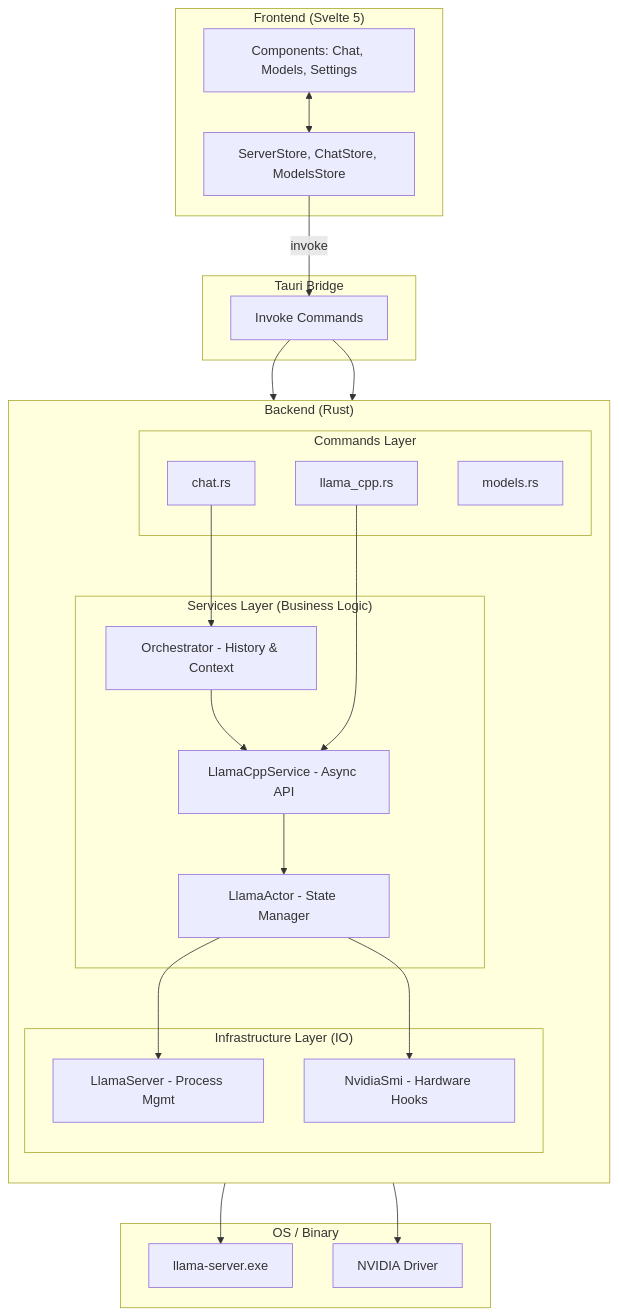
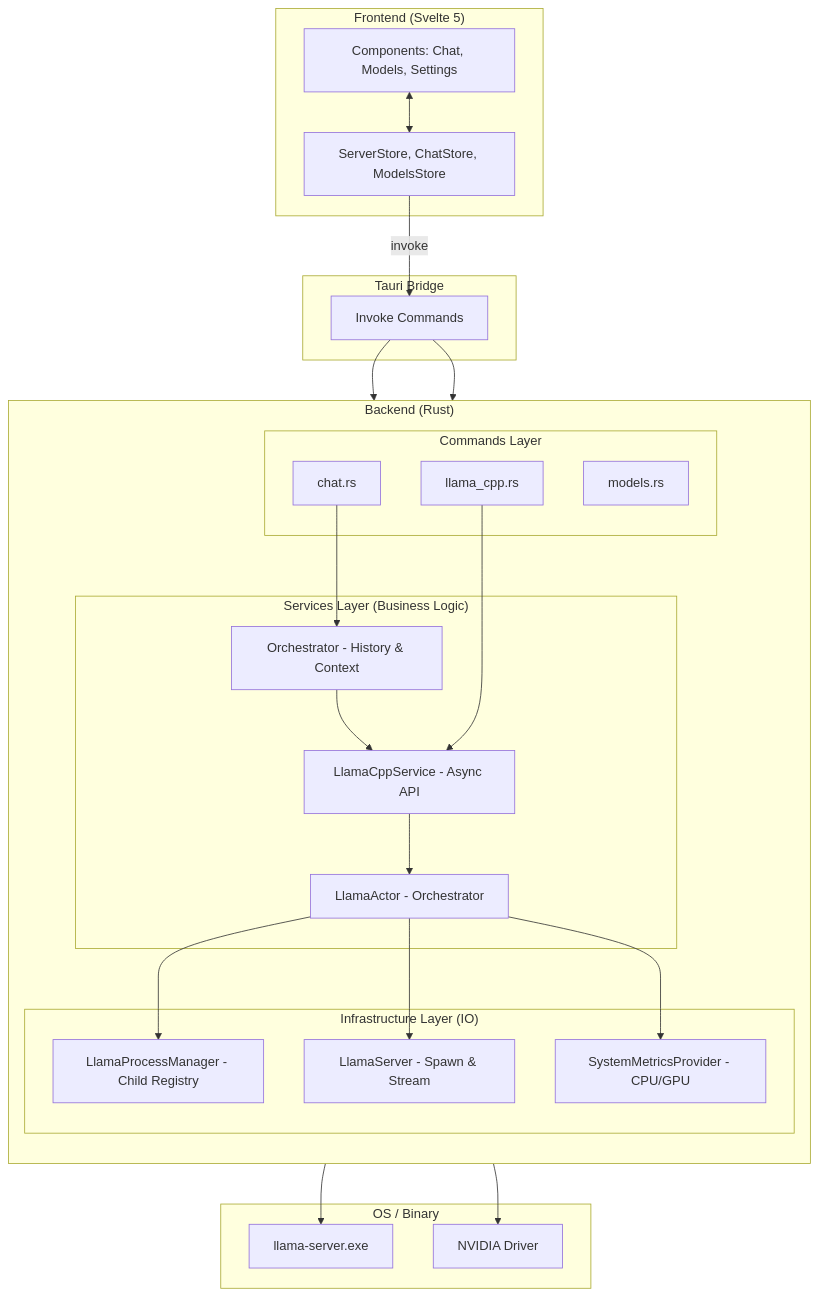
One commit to GDKAYKY/llama.cpp-desktop changed the diagram in docs/high-level-architecture.md. Above: the diagram before and after it, drawn with Mermaid. The commit also changed other lines of this file and 11 other files, not shown here.

````diff
--- a/docs/high-level-architecture.md
+++ b/docs/high-level-architecture.md
@@ -7,53 +7,55 @@
 ```mermaid
 flowchart TB
     subgraph Frontend["Frontend (Svelte 5)"]
         UI[Components: Chat, Models, Settings]
         STORES[ServerStore, ChatStore, ModelsStore]
         UI <--> STORES
     end
 
     subgraph IPC["Tauri Bridge"]
         INVOKE[Invoke Commands]
         STORES -- invoke --> INVOKE
     end
 
     subgraph Backend["Backend (Rust)"]
         direction TB
         
         subgraph Commands["Commands Layer"]
             CMD_CHAT[chat.rs]
             CMD_LLAMA[llama_cpp.rs]
             CMD_MODELS[models.rs]
         end
 
         subgraph Services["Services Layer (Business Logic)"]
             ORCH[Orchestrator - History & Context]
             LLAMA_SVC[LlamaCppService - Async API]
-            LLAMA_ACTOR[LlamaActor - State Manager]
+            LLAMA_ACTOR[LlamaActor - Orchestrator]
             
             ORCH --> LLAMA_SVC
             LLAMA_SVC --> LLAMA_ACTOR
         end
 
         subgraph Infrastructure["Infrastructure Layer (IO)"]
-            PROC_MGMT[LlamaServer - Process Mgmt]
-            METRICS[NvidiaSmi - Hardware Hooks]
+            PROC_MGMT[LlamaProcessManager - Child Registry]
+            SERVER[LlamaServer - Spawn & Stream]
+            METRICS[SystemMetricsProvider - CPU/GPU]
             
             LLAMA_ACTOR --> PROC_MGMT
+            LLAMA_ACTOR --> SERVER
             LLAMA_ACTOR --> METRICS
         end
     end
 
     subgraph OS["OS / Binary"]
         BINARY[llama-server.exe]
         GPU[NVIDIA Driver]
         
         PROC_MGMT --> BINARY
         METRICS --> GPU
     end
 
     INVOKE --> CMD_CHAT
     INVOKE --> CMD_LLAMA
     CMD_CHAT --> ORCH
     CMD_LLAMA --> LLAMA_SVC
 ```
````
